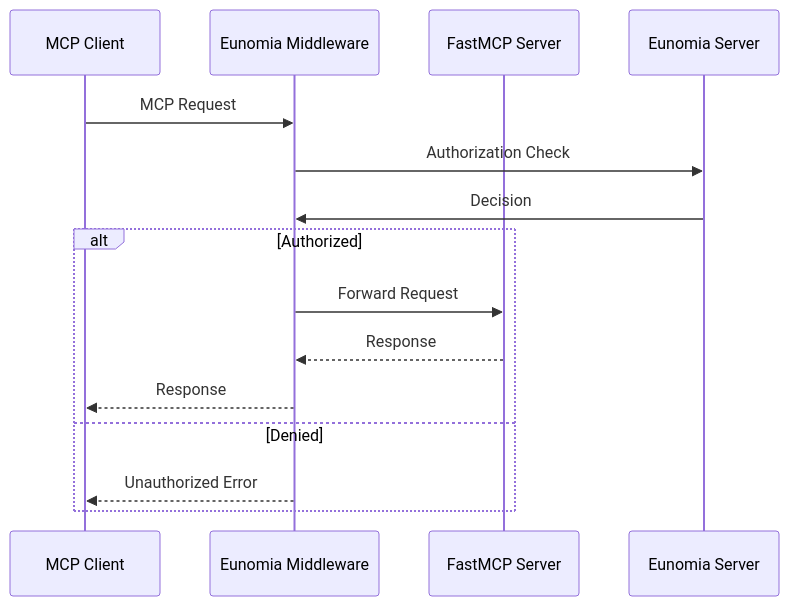
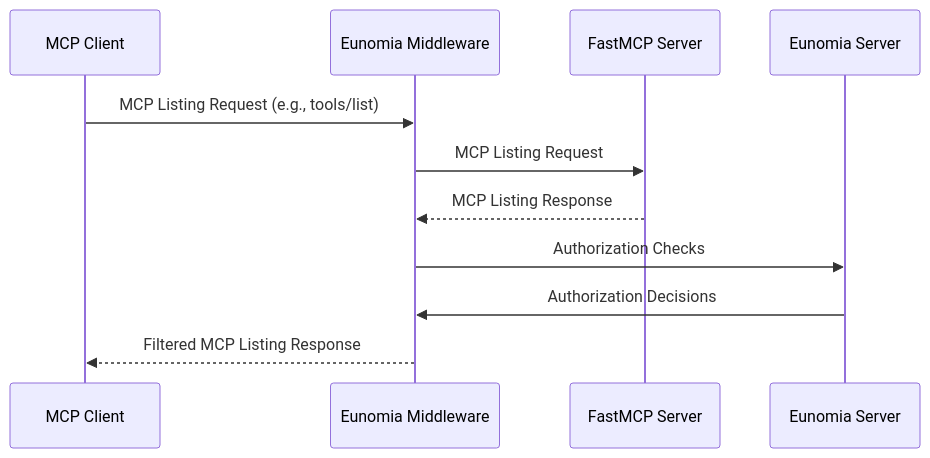
The first of 2 diagrams in docs/mcp_middleware/index.md (whataboutyou-ai/eunomia), drawn with Mermaid before and after one commit. The commit also changed other lines of this file and 9 other files, not shown here.

````diff
--- a/docs/mcp_middleware/index.md
+++ b/docs/mcp_middleware/index.md
@@ -55,18 +26,14 @@
 ```mermaid
 sequenceDiagram
     participant MCPClient as MCP Client
     participant EunomiaMiddleware as Eunomia Middleware
     participant MCPServer as FastMCP Server
     participant EunomiaServer as Eunomia Server
 
-    MCPClient->>EunomiaMiddleware: MCP Request
-    EunomiaMiddleware->>EunomiaServer: Authorization Check
-    EunomiaServer->>EunomiaMiddleware: Decision
-    alt Authorized
-        EunomiaMiddleware->>MCPServer: Forward Request
-        MCPServer-->>EunomiaMiddleware: Response
-        EunomiaMiddleware-->>MCPClient: Response
-    else Denied
-        EunomiaMiddleware-->>MCPClient: Unauthorized Error
-    end
+    MCPClient->>EunomiaMiddleware: MCP Listing Request (e.g., tools/list)
+    EunomiaMiddleware->>MCPServer: MCP Listing Request
+    MCPServer-->>EunomiaMiddleware: MCP Listing Response
+    EunomiaMiddleware->>EunomiaServer: Authorization Checks
+    EunomiaServer->>EunomiaMiddleware: Authorization Decisions
+    EunomiaMiddleware-->>MCPClient: Filtered MCP Listing Response
 ```
````
